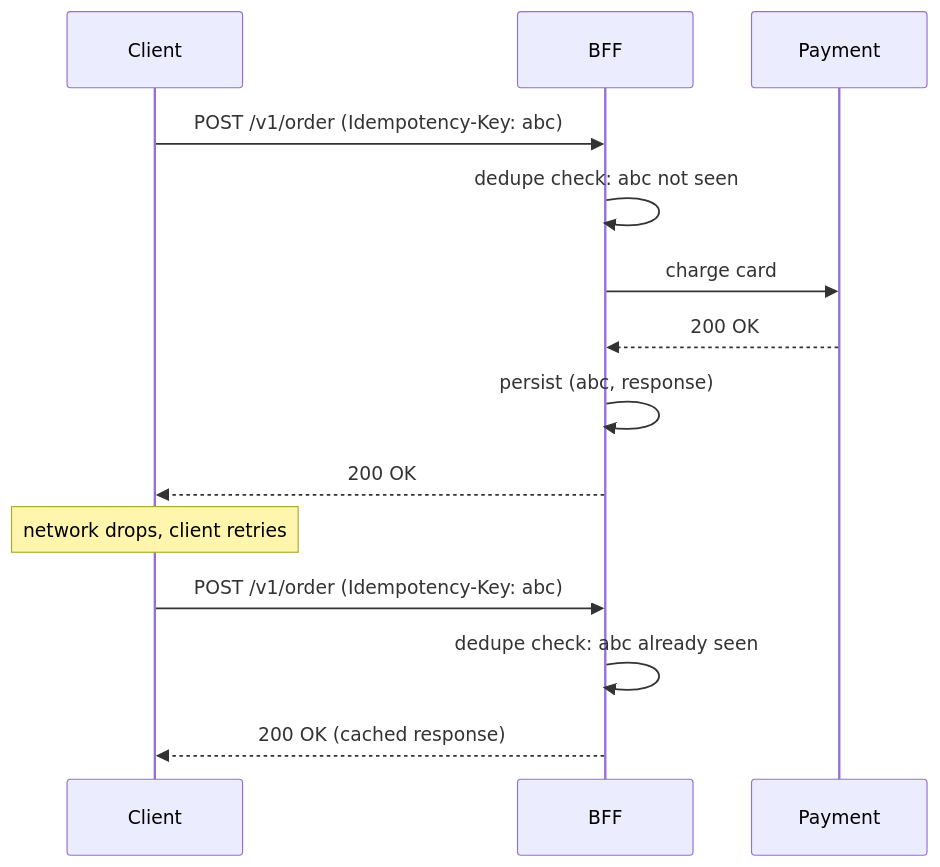
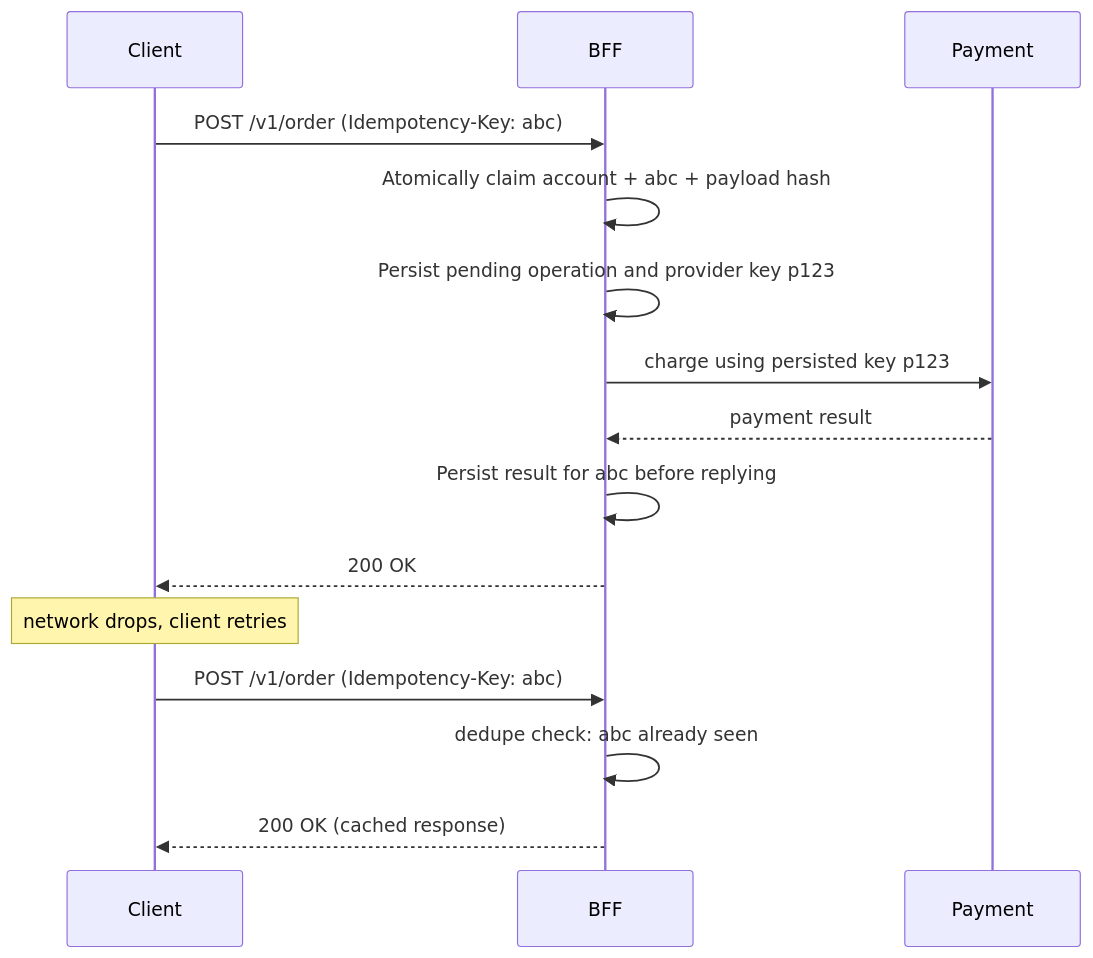
One commit to swarnsingh/android-staff-engineer-playbook-website changed the diagram in career/writing-rfcs.md. Above: the diagram before and after it, drawn with Mermaid. The commit also changed other lines of this file and 30 other files, not shown here.

````diff
--- a/career/writing-rfcs.md
+++ b/career/writing-rfcs.md
@@ -174,13 +176,14 @@
 ```mermaid
 sequenceDiagram
     Client->>BFF: POST /v1/order (Idempotency-Key: abc)
-    BFF->>BFF: dedupe check: abc not seen
-    BFF->>Payment: charge card
-    Payment-->>BFF: 200 OK
-    BFF->>BFF: persist (abc, response)
+    BFF->>BFF: Atomically claim account + abc + payload hash
+    BFF->>BFF: Persist pending operation and provider key p123
+    BFF->>Payment: charge using persisted key p123
+    Payment-->>BFF: payment result
+    BFF->>BFF: Persist result for abc before replying
     BFF-->>Client: 200 OK
     Note over Client: network drops, client retries
     Client->>BFF: POST /v1/order (Idempotency-Key: abc)
     BFF->>BFF: dedupe check: abc already seen
     BFF-->>Client: 200 OK (cached response)
 ```
````
